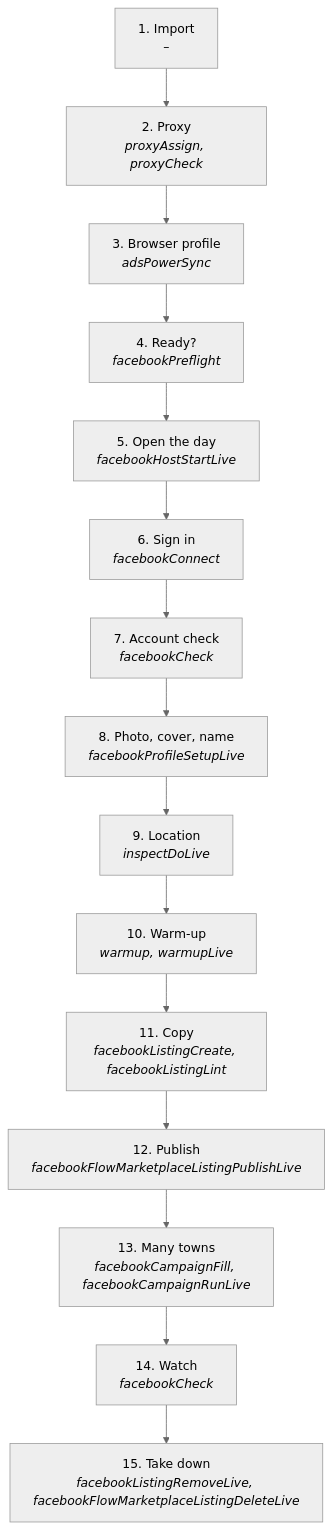
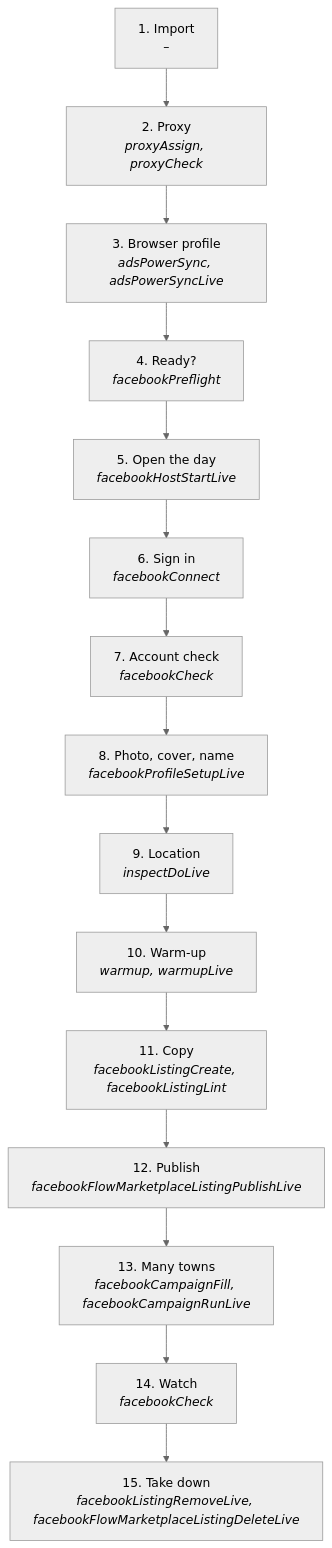
The second of 3 diagrams in docs/useCases/facebook/marketplaceListings.md (matthewdonsemail-lab/log), drawn with Mermaid (neutral theme) before and after one commit. The commit also changed other lines of this file and 150 other files, not shown here.

````diff
--- a/docs/useCases/facebook/marketplaceListings.md
+++ b/docs/useCases/facebook/marketplaceListings.md
@@ -37,32 +37,32 @@
 ```mermaid
 flowchart TD
   s0["1. Import<br/><i>–</i>"]
   s1["2. Proxy<br/><i>proxyAssign, proxyCheck</i>"]
-  s2["3. Browser profile<br/><i>adsPowerSync</i>"]
+  s2["3. Browser profile<br/><i>adsPowerSync, adsPowerSyncLive</i>"]
   s3["4. Ready?<br/><i>facebookPreflight</i>"]
   s4["5. Open the day<br/><i>facebookHostStartLive</i>"]
   s5["6. Sign in<br/><i>facebookConnect</i>"]
   s6["7. Account check<br/><i>facebookCheck</i>"]
   s7["8. Photo, cover, name<br/><i>facebookProfileSetupLive</i>"]
   s8["9. Location<br/><i>inspectDoLive</i>"]
   s9["10. Warm-up<br/><i>warmup, warmupLive</i>"]
   s10["11. Copy<br/><i>facebookListingCreate, facebookListingLint</i>"]
   s11["12. Publish<br/><i>facebookFlowMarketplaceListingPublishLive</i>"]
   s12["13. Many towns<br/><i>facebookCampaignFill, facebookCampaignRunLive</i>"]
   s13["14. Watch<br/><i>facebookCheck</i>"]
   s14["15. Take down<br/><i>facebookListingRemoveLive, facebookFlowMarketplaceListingDeleteLive</i>"]
   s0 --> s1
   s1 --> s2
   s2 --> s3
   s3 --> s4
   s4 --> s5
   s5 --> s6
   s6 --> s7
   s7 --> s8
   s8 --> s9
   s9 --> s10
   s10 --> s11
   s11 --> s12
   s12 --> s13
   s13 --> s14
 ```
````
